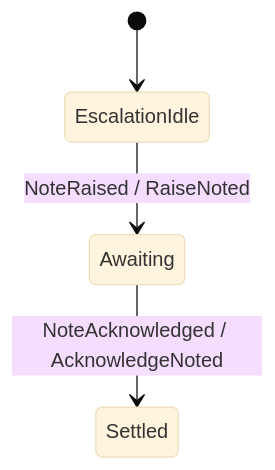
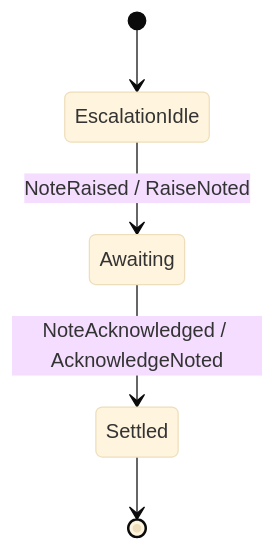
The third of 3 diagrams in docs/guides/coordinating-incident-response-with-routers-and-process-managers.md (shinzui/keiro), drawn with Mermaid (base theme) before and after one commit. The commit also changed 10 other files, not shown here.

````diff
--- a/docs/guides/coordinating-incident-response-with-routers-and-process-managers.md
+++ b/docs/guides/coordinating-incident-response-with-routers-and-process-managers.md
@@ -147,6 +147,7 @@
 ```mermaid
 stateDiagram-v2
     [*] --> EscalationIdle
     EscalationIdle --> Awaiting : NoteRaised / RaiseNoted
     Awaiting --> Settled : NoteAcknowledged / AcknowledgeNoted
+    Settled --> [*]
 ```
````
